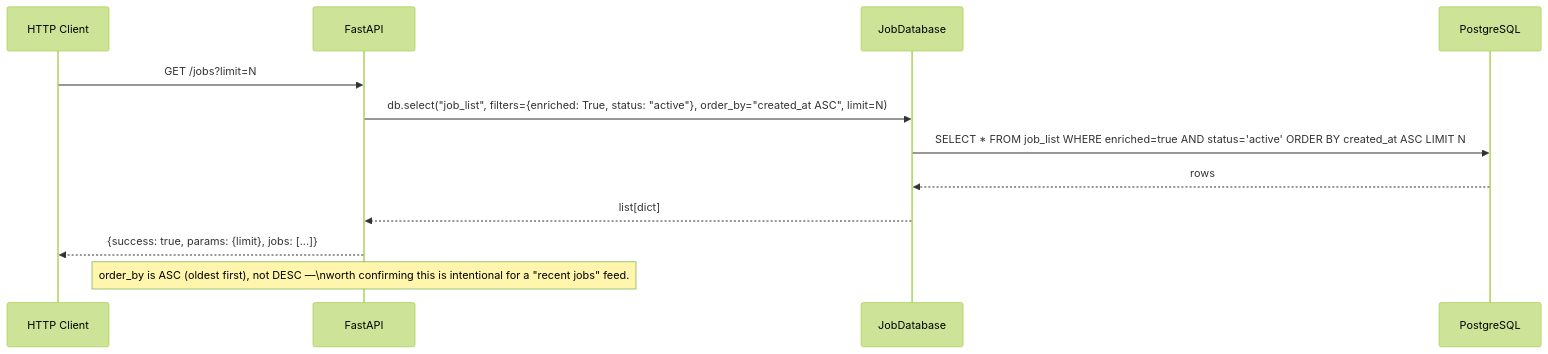
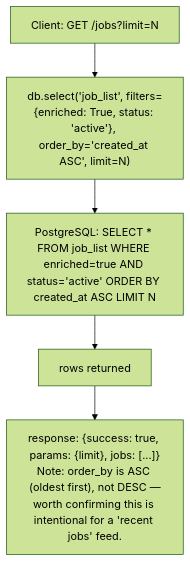
One commit to AustinDwomoh/libra changed the second of 6 diagrams in docs/diagrams/main_api_seq.md. Above: the diagram before and after it, drawn with Mermaid (forest theme). The commit also changed other lines of this file and 17 other files, not shown here.

First line of the commit message:
Convert Mermaid sequences to flowcharts

````diff
--- a/docs/diagrams/main_api_seq.md
+++ b/docs/diagrams/main_api_seq.md
@@ -22,16 +12,8 @@
 ```mermaid
-%% sequenceDiagram — GET /jobs (all jobs, optional limit)
-sequenceDiagram
-    participant Client as HTTP Client
-    participant App as FastAPI
-    participant DB as JobDatabase
-    participant PG as PostgreSQL
-
-    Client->>App: GET /jobs?limit=N
-    App->>DB: db.select("job_list", filters={enriched: True, status: "active"}, order_by="created_at ASC", limit=N)
-    DB->>PG: SELECT * FROM job_list WHERE enriched=true AND status='active' ORDER BY created_at ASC LIMIT N
-    PG-->>DB: rows
-    DB-->>App: list[dict]
-    App-->>Client: {success: true, params: {limit}, jobs: [...]}
-    Note over App: order_by is ASC (oldest first), not DESC —\nworth confirming this is intentional for a "recent jobs" feed.
+%% flowchart — GET /jobs (all jobs, optional limit)
+flowchart TD
+    A["Client: GET /jobs?limit=N"] --> B["db.select('job_list', filters={enriched: True, status: 'active'}, order_by='created_at ASC', limit=N)"]
+    B --> C["PostgreSQL: SELECT * FROM job_list WHERE enriched=true AND status='active' ORDER BY created_at ASC LIMIT N"]
+    C --> D[rows returned]
+    D --> E["response: {success: true, params: {limit}, jobs: [...]}<br/>Note: order_by is ASC (oldest first), not DESC —<br/>worth confirming this is intentional for a 'recent jobs' feed."]
 ```
````
